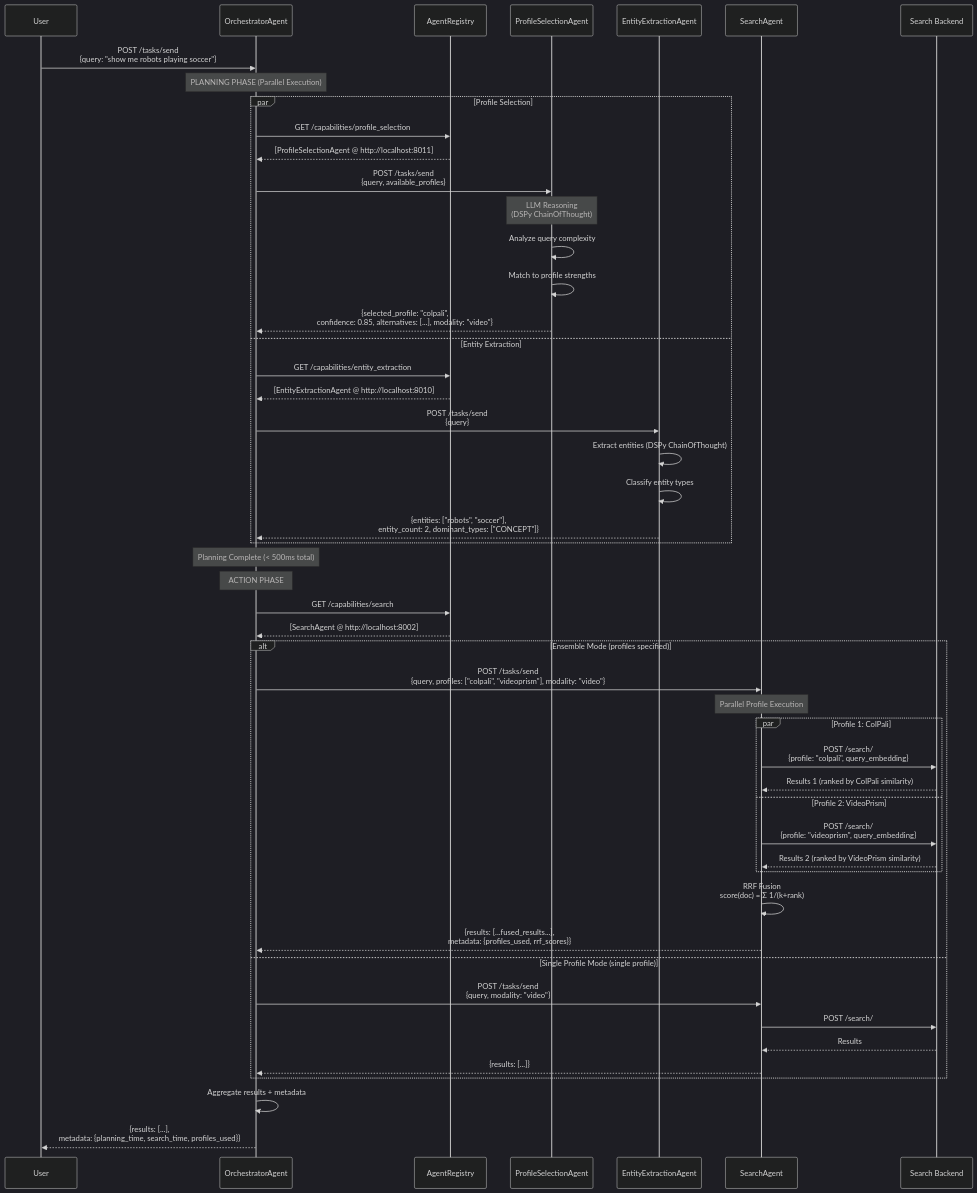
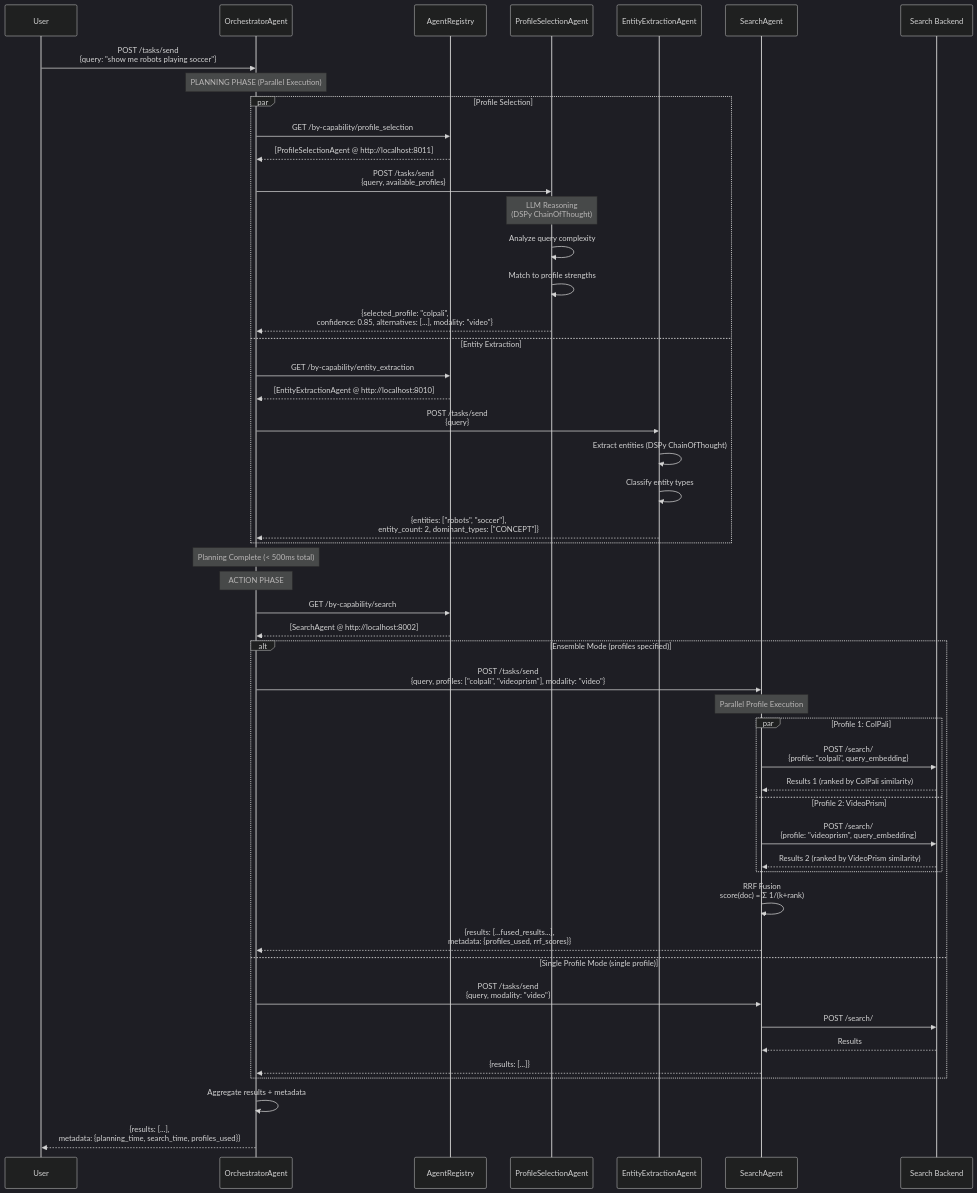
The second of 8 diagrams in docs/architecture/multi-agent-interactions.md (amit-jain/cogniverse), drawn with Mermaid (dark theme) before and after one commit. The commit also changed other lines of this file and 50 other files, not shown here.

````diff
--- a/docs/architecture/multi-agent-interactions.md
+++ b/docs/architecture/multi-agent-interactions.md
@@ -108,64 +108,64 @@
 ```mermaid
 sequenceDiagram
     participant User
     participant Orch as OrchestratorAgent
     participant Registry as AgentRegistry
     participant Prof as ProfileSelectionAgent
     participant Entity as EntityExtractionAgent
     participant Search as SearchAgent
     participant Backend as Search Backend
 
     User->>Orch: POST /tasks/send<br/>{query: "show me robots playing soccer"}
 
     Note over Orch: PLANNING PHASE (Parallel Execution)
 
     par Profile Selection
-        Orch->>Registry: GET /capabilities/profile_selection
+        Orch->>Registry: GET /by-capability/profile_selection
         Registry-->>Orch: [ProfileSelectionAgent @ http://localhost:8011]
 
         Orch->>Prof: POST /tasks/send<br/>{query, available_profiles}
         Note over Prof: LLM Reasoning<br/>(DSPy ChainOfThought)
         Prof->>Prof: Analyze query complexity
         Prof->>Prof: Match to profile strengths
         Prof-->>Orch: {selected_profile: "colpali",<br/>confidence: 0.85, alternatives: [...], modality: "video"}
     and Entity Extraction
-        Orch->>Registry: GET /capabilities/entity_extraction
+        Orch->>Registry: GET /by-capability/entity_extraction
         Registry-->>Orch: [EntityExtractionAgent @ http://localhost:8010]
 
         Orch->>Entity: POST /tasks/send<br/>{query}
         Entity->>Entity: Extract entities (DSPy ChainOfThought)
         Entity->>Entity: Classify entity types
         Entity-->>Orch: {entities: ["robots", "soccer"],<br/>entity_count: 2, dominant_types: ["CONCEPT"]}
     end
 
     Note over Orch: Planning Complete (< 500ms total)
 
     Note over Orch: ACTION PHASE
 
-    Orch->>Registry: GET /capabilities/search
+    Orch->>Registry: GET /by-capability/search
     Registry-->>Orch: [SearchAgent @ http://localhost:8002]
 
     alt Ensemble Mode (profiles specified)
         Orch->>Search: POST /tasks/send<br/>{query, profiles: ["colpali", "videoprism"], modality: "video"}
 
         Note over Search: Parallel Profile Execution
         par Profile 1: ColPali
             Search->>Backend: POST /search/<br/>{profile: "colpali", query_embedding}
             Backend-->>Search: Results 1 (ranked by ColPali similarity)
         and Profile 2: VideoPrism
             Search->>Backend: POST /search/<br/>{profile: "videoprism", query_embedding}
             Backend-->>Search: Results 2 (ranked by VideoPrism similarity)
         end
 
         Search->>Search: RRF Fusion<br/>score(doc) = Σ 1/(k+rank)
         Search-->>Orch: {results: [...fused_results...],<br/>metadata: {profiles_used, rrf_scores}}
     else Single Profile Mode (single profile)
         Orch->>Search: POST /tasks/send<br/>{query, modality: "video"}
         Search->>Backend: POST /search/
         Backend-->>Search: Results
         Search-->>Orch: {results: [...]}
     end
 
     Orch->>Orch: Aggregate results + metadata
     Orch-->>User: {results: [...],<br/>metadata: {planning_time, search_time, profiles_used}}
 ```
````
